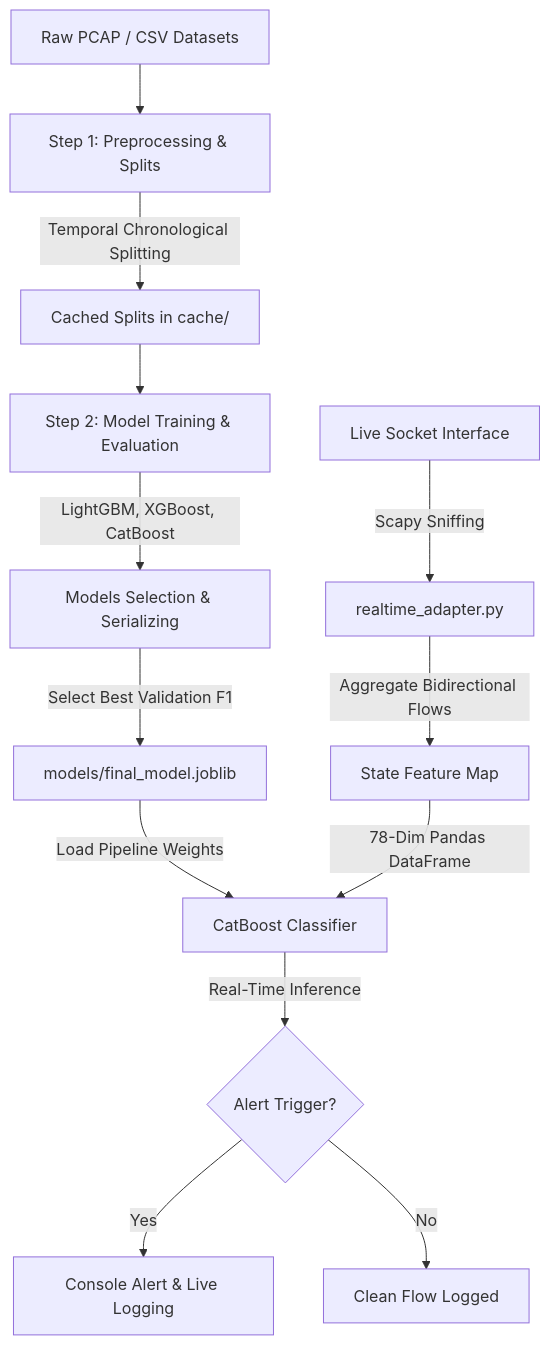
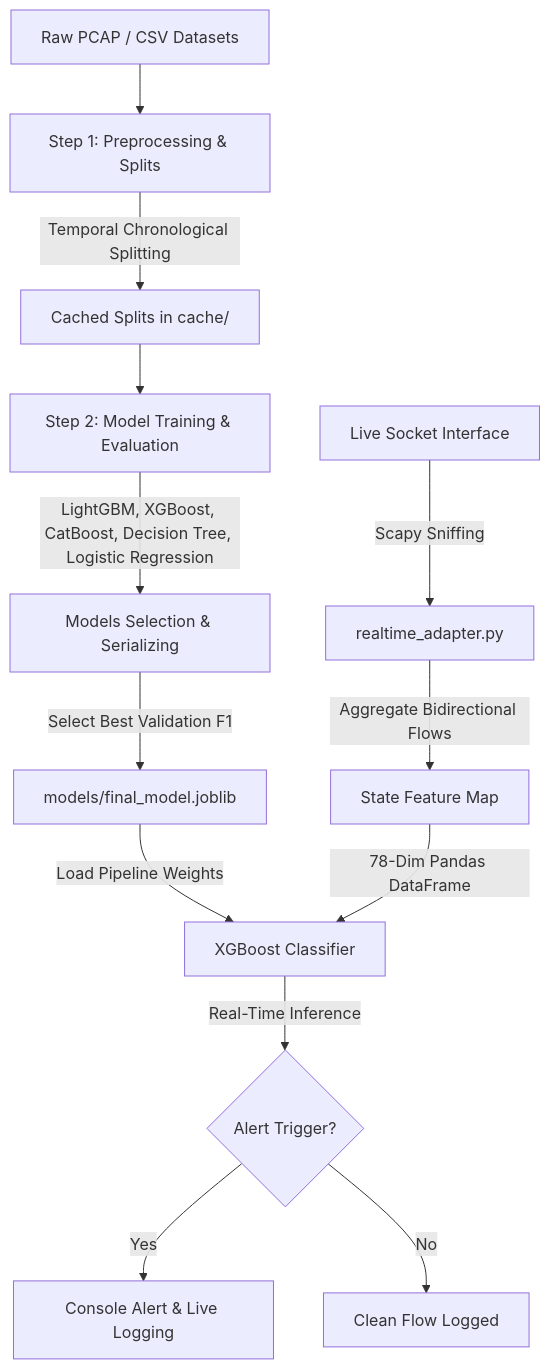
One commit to ashokpsgitech/HTTP-Flood-Attack-Detection--ML-Model changed the diagram in README.md. Above: the diagram before and after it, drawn with Mermaid. The commit also changed other lines of this file, not shown here.

Commit message:
docs: update README.md with 5 models comparison tables & metrics

````diff
--- a/README.md
+++ b/README.md
@@ -11,16 +11,16 @@
 ```mermaid
 graph TD
     A[Raw PCAP / CSV Datasets] --> B[Step 1: Preprocessing & Splits]
     B -->|Temporal Chronological Splitting| C[Cached Splits in cache/]
     C --> D[Step 2: Model Training & Evaluation]
-    D -->|LightGBM, XGBoost, CatBoost| E[Models Selection & Serializing]
+    D -->|LightGBM, XGBoost, CatBoost, Decision Tree, Logistic Regression| E[Models Selection & Serializing]
     E -->|Select Best Validation F1| F[models/final_model.joblib]
     
     G[Live Socket Interface] -->|Scapy Sniffing| H[realtime_adapter.py]
     H -->|Aggregate Bidirectional Flows| I[State Feature Map]
-    F -->|Load Pipeline Weights| J[CatBoost Classifier]
+    F -->|Load Pipeline Weights| J[XGBoost Classifier]
     I -->|78-Dim Pandas DataFrame| J
     J -->|Real-Time Inference| K{Alert Trigger?}
     K -->|Yes| L[Console Alert & Live Logging]
     K -->|No| M[Clean Flow Logged]
 ```
````
